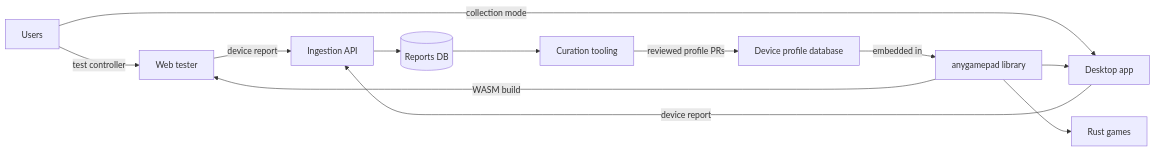
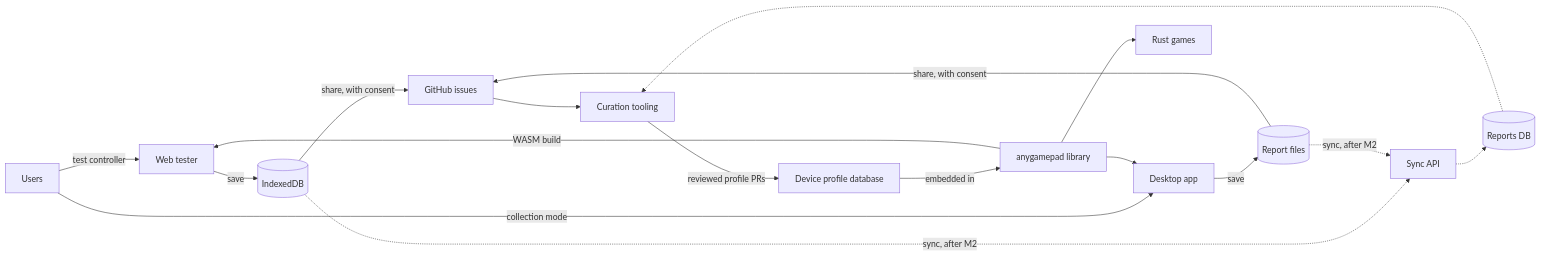
One commit to anygamepad/anygamepad.github.io changed the first of 3 diagrams in ROADMAP/2026-10-14/README.md. Above: the diagram before and after it, drawn with Mermaid. The commit also changed other lines of this file and 48 other files, not shown here.

First line of the commit message:
Add device report schema, wizard, and local-first architecture (#10)

````diff
--- a/ROADMAP/2026-10-14/README.md
+++ b/ROADMAP/2026-10-14/README.md
@@ -121,14 +143,19 @@
 ```mermaid
 flowchart LR
     U[Users] -->|test controller| WEB[Web tester]
     U -->|collection mode| DESK[Desktop app]
-    WEB -->|device report| API[Ingestion API]
-    DESK -->|device report| API
-    API --> DB[(Reports DB)]
-    DB --> CUR[Curation tooling]
+    WEB -->|save| IDB[(IndexedDB)]
+    DESK -->|save| FILES[(Report files)]
+    IDB -->|share, with consent| ISSUE[GitHub issues]
+    FILES -->|share, with consent| ISSUE
+    IDB -.->|sync, after M2| API[Sync API]
+    FILES -.->|sync, after M2| API
+    API -.-> DB[(Reports DB)]
+    ISSUE --> CUR[Curation tooling]
+    DB -.-> CUR
     CUR -->|reviewed profile PRs| PROF[Device profile database]
     PROF -->|embedded in| LIB[anygamepad library]
     LIB --> DESK
     LIB -->|WASM build| WEB
     LIB --> GAMES[Rust games]
 ```
````
